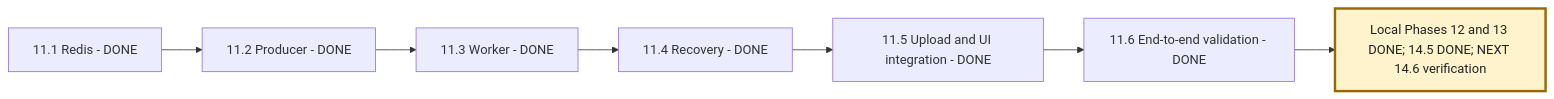
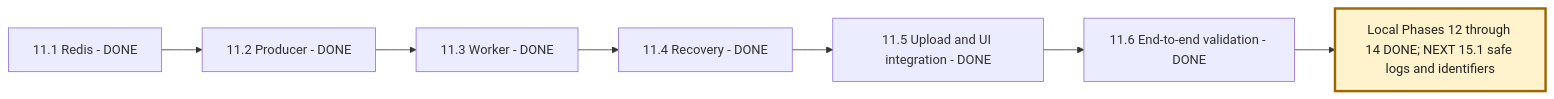
The third of 6 diagrams in NEXAAI_ROADMAP.md (msdian0007/nexaAi), drawn with Mermaid before and after one commit. The commit also changed other lines of this file and 7 other files, not shown here.

````diff
--- a/NEXAAI_ROADMAP.md
+++ b/NEXAAI_ROADMAP.md
@@ -270,10 +271,10 @@
 ```mermaid
 flowchart LR
     A[11.1 Redis - DONE] --> B[11.2 Producer - DONE]
     B --> C[11.3 Worker - DONE]
     C --> D[11.4 Recovery - DONE]
     D --> E[11.5 Upload and UI integration - DONE]
     E --> F[11.6 End-to-end validation - DONE]
-    F --> G[Local Phases 12 and 13 DONE; 14.5 DONE; NEXT 14.6 verification]
+    F --> G[Local Phases 12 through 14 DONE; NEXT 15.1 safe logs and identifiers]
     style G fill:#fff3cd,stroke:#9a6700,stroke-width:3px,color:#222
 ```
````
